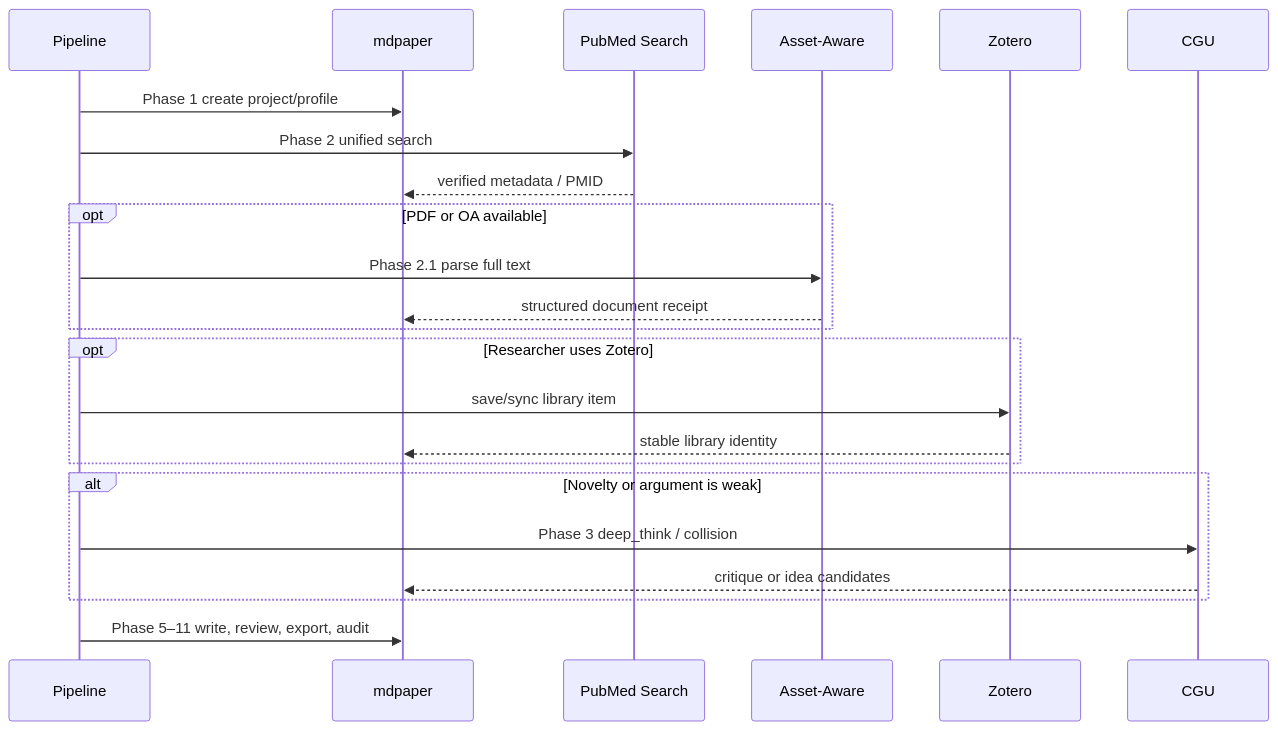
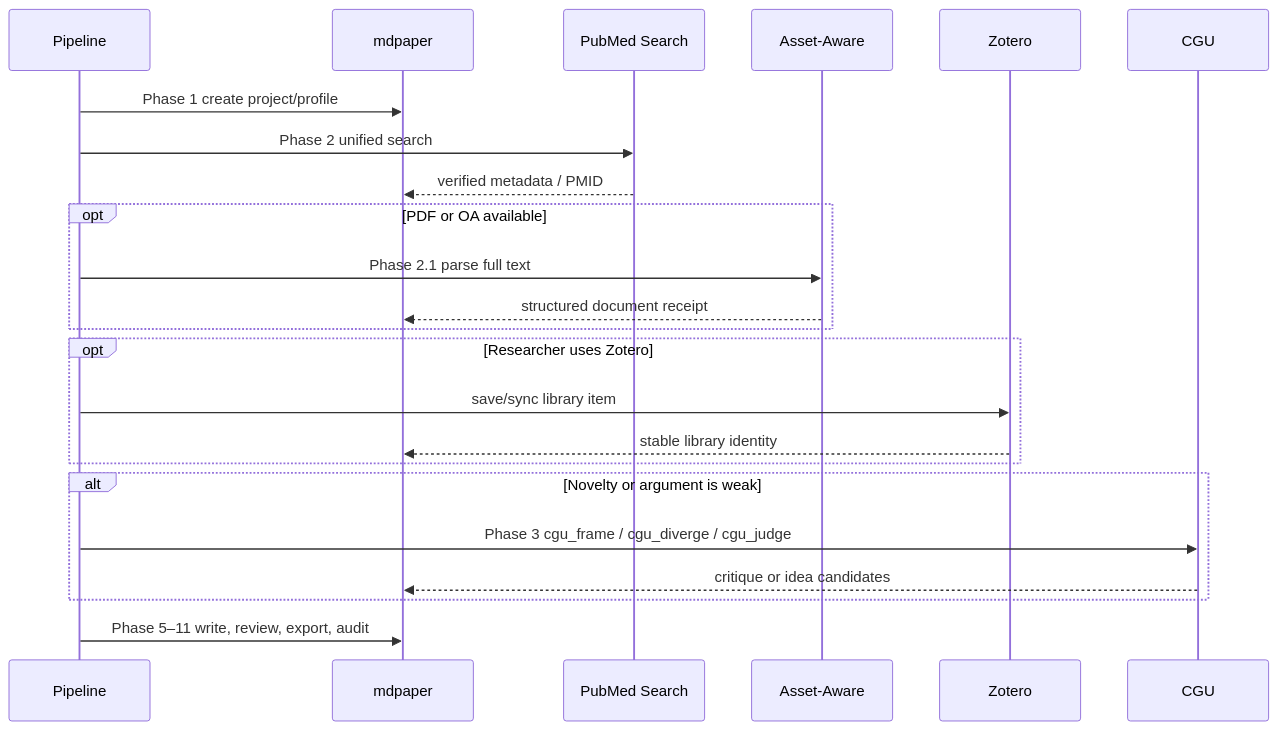
One commit to u9401066/med-paper-assistant changed the second of 4 diagrams in docs/wiki/mcp-ecosystem.md. Above: the diagram before and after it, drawn with Mermaid. The commit also changed other lines of this file and 197 other files, not shown here.

````diff
--- a/docs/wiki/mcp-ecosystem.md
+++ b/docs/wiki/mcp-ecosystem.md
@@ -27,26 +27,26 @@
 ```mermaid
 sequenceDiagram
     participant P as Pipeline
     participant M as mdpaper
     participant S as PubMed Search
     participant A as Asset-Aware
     participant Z as Zotero
     participant C as CGU
 
     P->>M: Phase 1 create project/profile
     P->>S: Phase 2 unified search
     S-->>M: verified metadata / PMID
     opt PDF or OA available
       P->>A: Phase 2.1 parse full text
       A-->>M: structured document receipt
     end
     opt Researcher uses Zotero
       P->>Z: save/sync library item
       Z-->>M: stable library identity
     end
     alt Novelty or argument is weak
-      P->>C: Phase 3 deep_think / collision
+      P->>C: Phase 3 cgu_frame / cgu_diverge / cgu_judge
       C-->>M: critique or idea candidates
     end
     P->>M: Phase 5–11 write, review, export, audit
 ```
````
